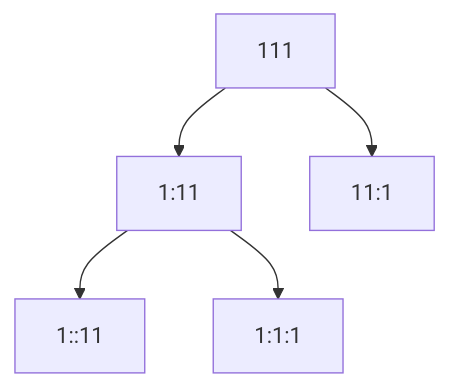
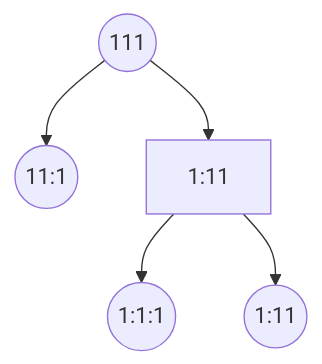
One commit to yumerov/daily-coding-problem changed the first of 2 diagrams in AlphabetMappedNumericStrings/README.md. Above: the diagram before and after it, drawn with Mermaid. The commit also changed other lines of this file, not shown here.

````diff
--- a/AlphabetMappedNumericStrings/README.md
+++ b/AlphabetMappedNumericStrings/README.md
@@ -21,7 +34,7 @@
 ```mermaid
 graph TD
-    111 --> 1:11
-    111 --> 11:1
-    1:11 --> 1::11
-    1:11 --> 1:1:1
+    root((111)) --> 1:11
+    1:11 --> 1((1:1:1))
+    1:11 --> 2((1:11))
+    root --> 3((11:1))
 ```
````
